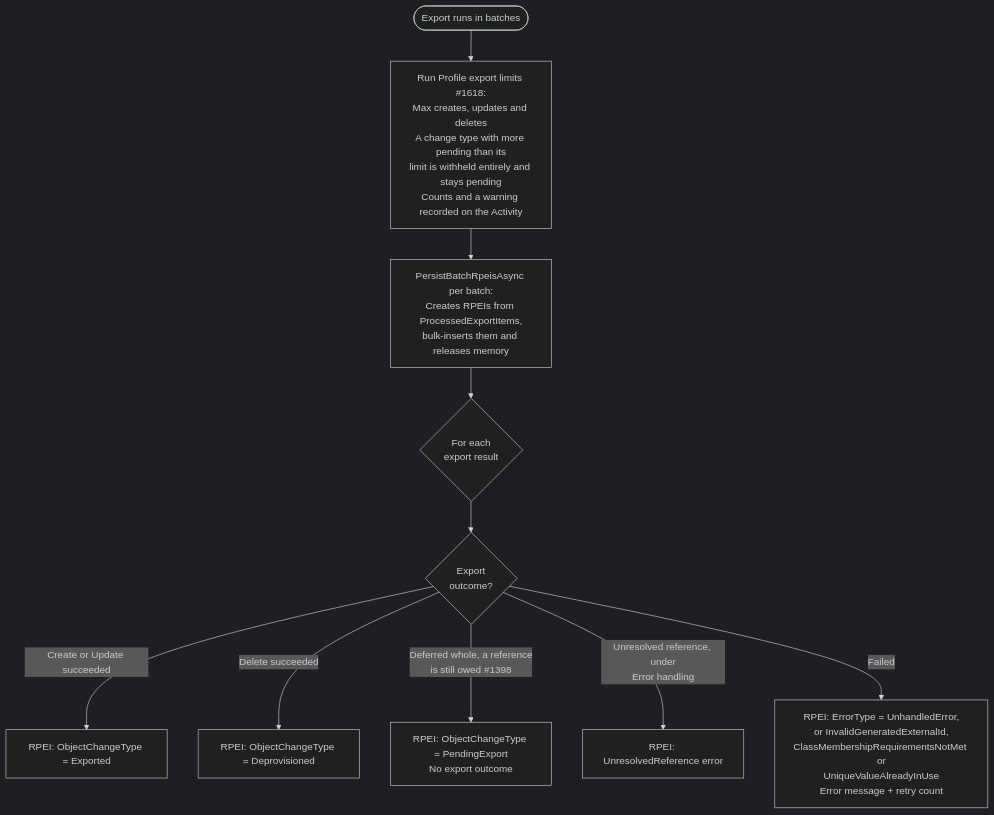
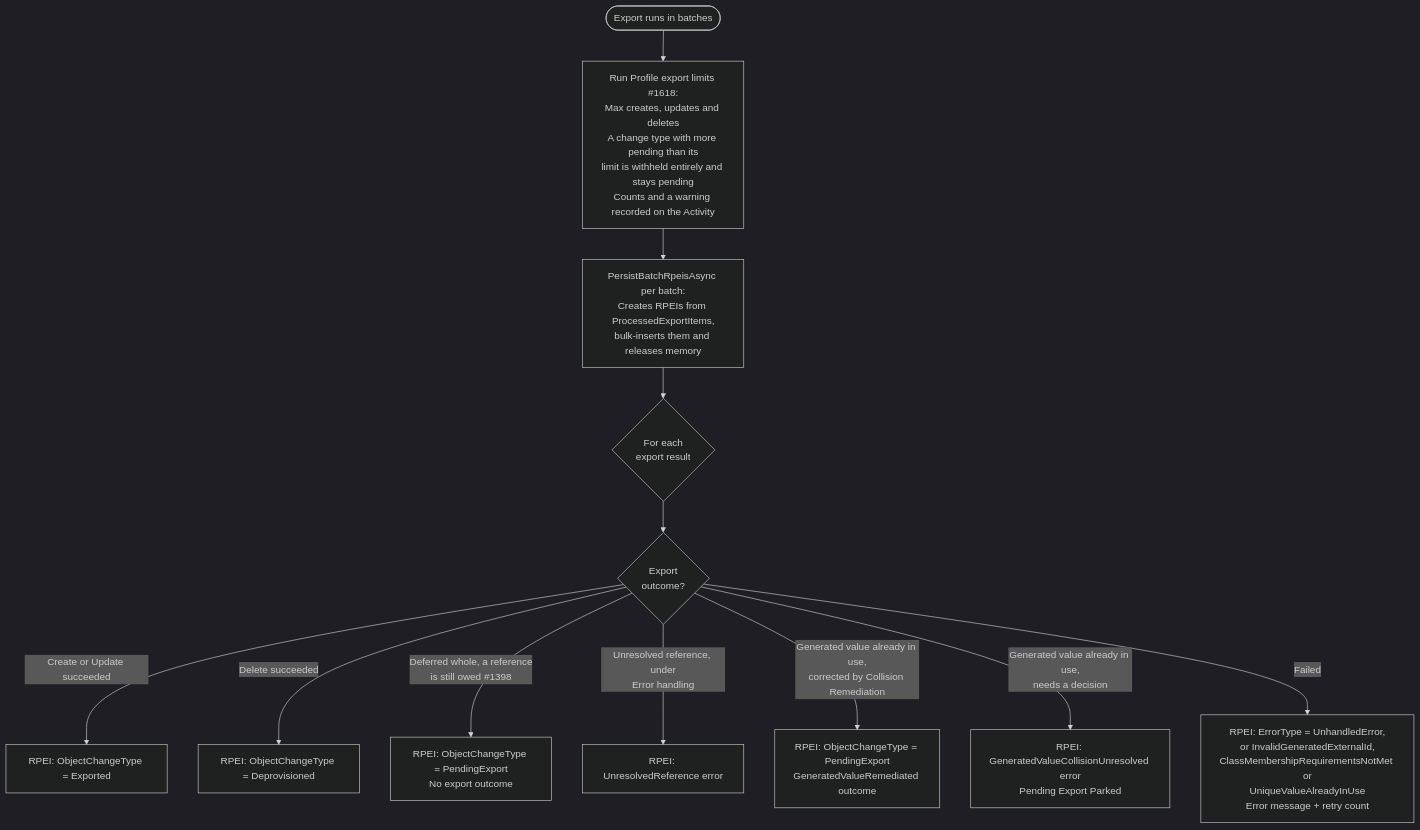
The fourth of 6 diagrams in docs/developer/diagrams/ACTIVITY_AND_RPEI_FLOW.md (TetronIO/JIM), drawn with Mermaid (dark theme) before and after one commit. The commit also changed 4 other files, not shown here.

````diff
--- a/docs/developer/diagrams/ACTIVITY_AND_RPEI_FLOW.md
+++ b/docs/developer/diagrams/ACTIVITY_AND_RPEI_FLOW.md
@@ -143,14 +143,16 @@
 ```mermaid
 flowchart TD
     ExportStart([Export runs in batches]) --> Limits[Run Profile export limits #1618:<br/>Max creates, updates and deletes<br/>A change type with more pending than its<br/>limit is withheld entirely and stays pending<br/>Counts and a warning recorded on the Activity]
     Limits --> ProcessResults[PersistBatchRpeisAsync per batch:<br/>Creates RPEIs from ProcessedExportItems,<br/>bulk-inserts them and releases memory]
 
     ProcessResults --> PerExport{For each<br/>export result}
 
     PerExport --> Outcome{Export<br/>outcome?}
     Outcome -->|Create or Update succeeded| ExpRPEI[RPEI: ObjectChangeType = Exported]
     Outcome -->|Delete succeeded| DeprovRPEI[RPEI: ObjectChangeType = Deprovisioned]
     Outcome -->|Deferred whole, a reference<br/>is still owed #1398| DeferRPEI[RPEI: ObjectChangeType = PendingExport<br/>No export outcome]
     Outcome -->|Unresolved reference, under<br/>Error handling| UnresolvedRPEI[RPEI: UnresolvedReference error]
+    Outcome -->|Generated value already in use,<br/>corrected by Collision Remediation| CorrectedRPEI[RPEI: ObjectChangeType = PendingExport<br/>GeneratedValueRemediated outcome]
+    Outcome -->|Generated value already in use,<br/>needs a decision| DecisionRPEI[RPEI: GeneratedValueCollisionUnresolved error<br/>Pending Export Parked]
     Outcome -->|Failed| FailRPEI[RPEI: ErrorType = UnhandledError,<br/>or InvalidGeneratedExternalId,<br/>ClassMembershipRequirementsNotMet or<br/>UniqueValueAlreadyInUse<br/>Error message + retry count]
 ```
````
